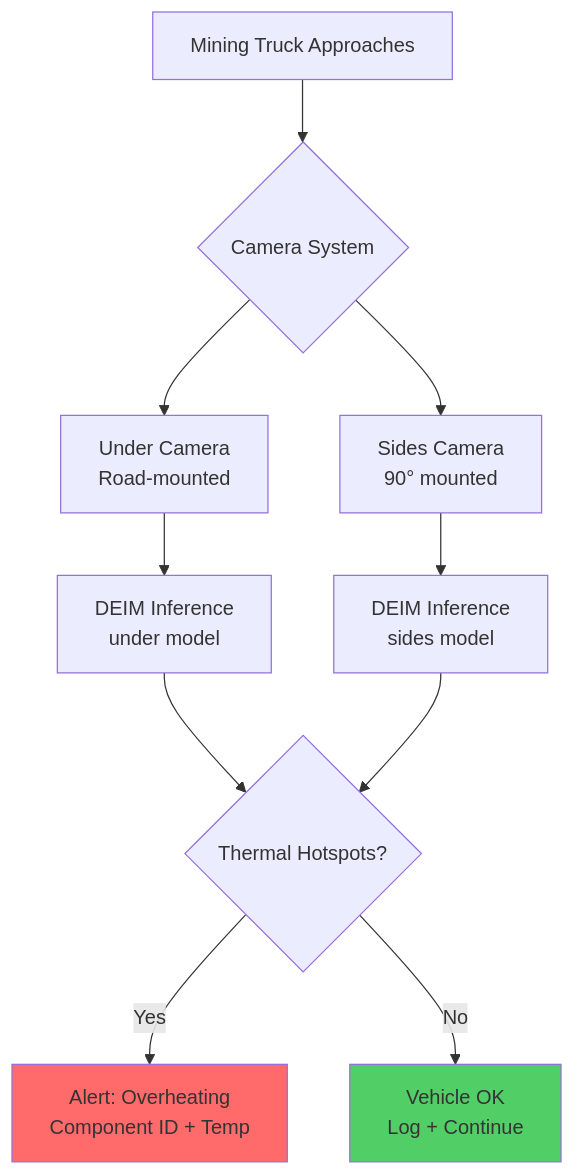
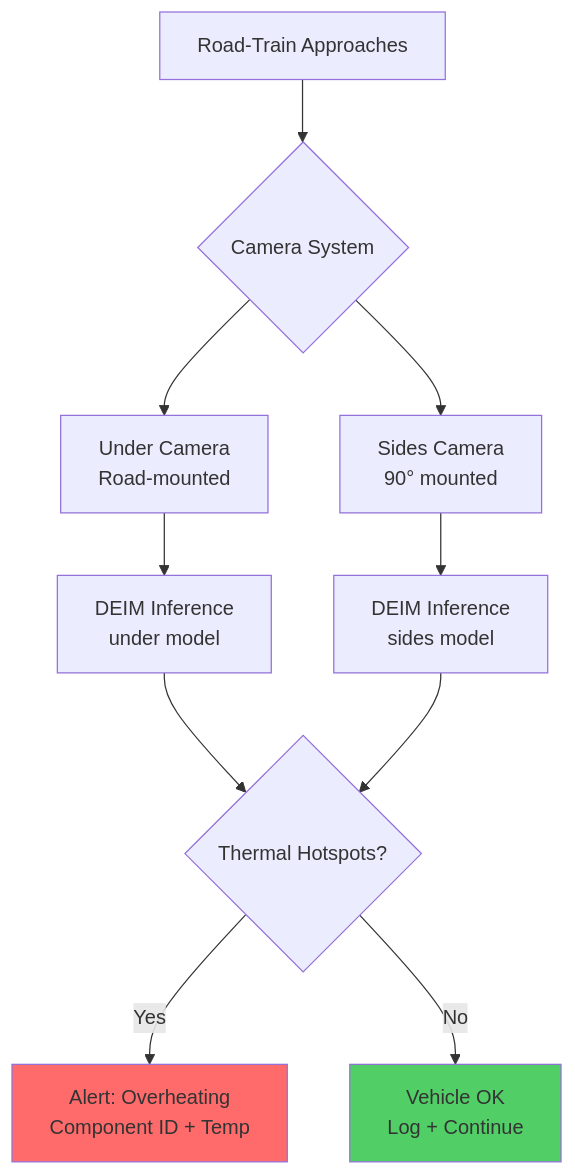
Before and after one commit to skunkresearchdev/DEIM-Generic: the fifth of 5 diagrams in README.md, drawn with Mermaid. The commit also changed other lines of this file, not shown here.

````diff
--- a/README.md
+++ b/README.md
@@ -445,18 +465,18 @@
 ```mermaid
 graph TB
-    A[Mining Truck Approaches] --> B{Camera System}
+    A[Road-Train Approaches] --> B{Camera System}
     B --> C[Under Camera<br/>Road-mounted]
     B --> D[Sides Camera<br/>90° mounted]
 
     C --> E[DEIM Inference<br/>under model]
     D --> F[DEIM Inference<br/>sides model]
 
     E --> G{Thermal Hotspots?}
     F --> G
 
     G -->|Yes| H[Alert: Overheating<br/>Component ID + Temp]
     G -->|No| I[Vehicle OK<br/>Log + Continue]
 
     style H fill:#ff6b6b
     style I fill:#51cf66
 ```
````
